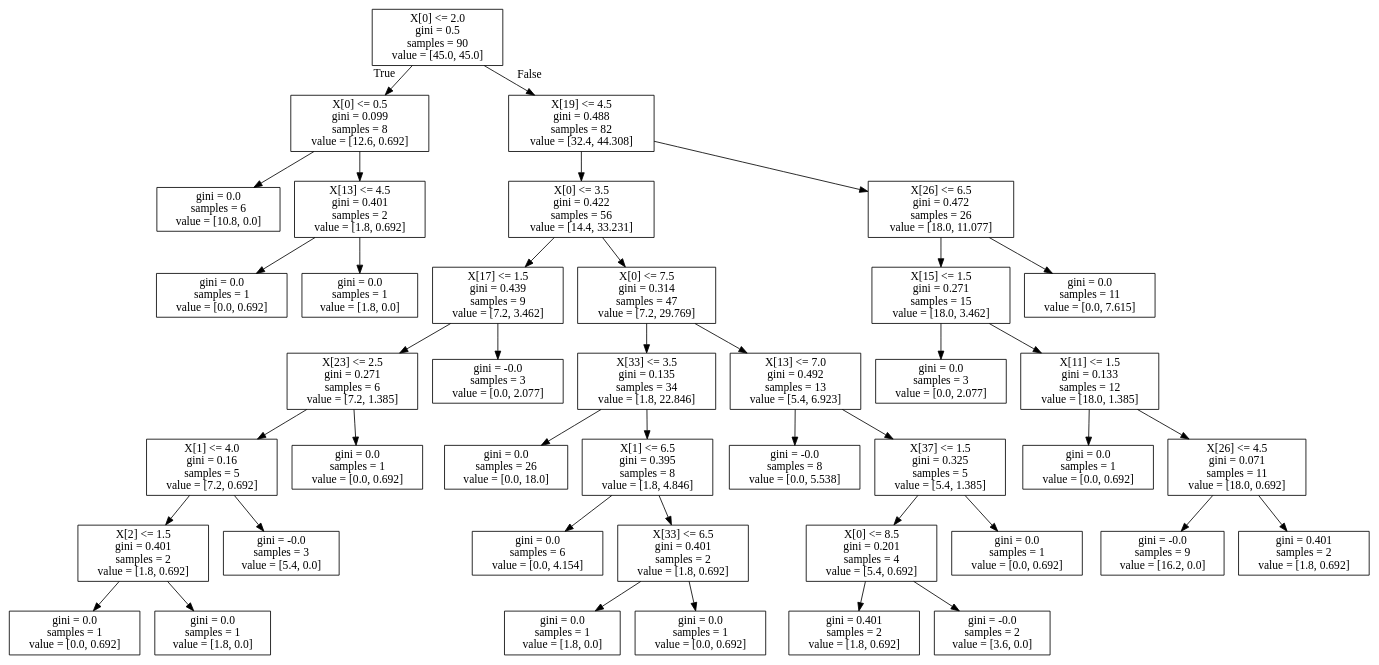
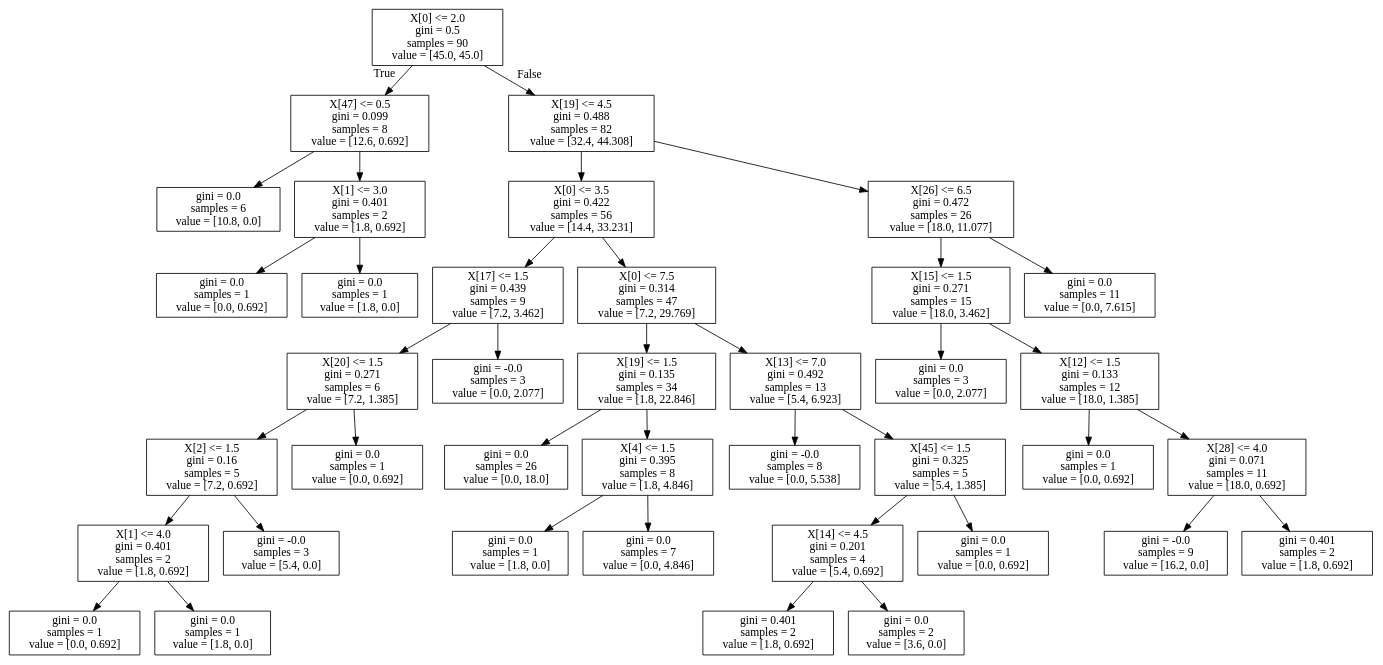
The diagram in tree.dot (suleSyl/Tahminleme), drawn with Graphviz before and after one commit. The commit also changed 2 other files, not shown here.

```diff
--- a/tree.dot
+++ b/tree.dot
@@ -1,84 +1,80 @@
 digraph Tree {
 node [shape=box] ;
 0 [label="X[0] <= 2.0\ngini = 0.5\nsamples = 90\nvalue = [45.0, 45.0]"] ;
-1 [label="X[0] <= 0.5\ngini = 0.099\nsamples = 8\nvalue = [12.6, 0.692]"] ;
+1 [label="X[47] <= 0.5\ngini = 0.099\nsamples = 8\nvalue = [12.6, 0.692]"] ;
 0 -> 1 [labeldistance=2.5, labelangle=45, headlabel="True"] ;
 2 [label="gini = 0.0\nsamples = 6\nvalue = [10.8, 0.0]"] ;
 1 -> 2 ;
-3 [label="X[13] <= 4.5\ngini = 0.401\nsamples = 2\nvalue = [1.8, 0.692]"] ;
+3 [label="X[1] <= 3.0\ngini = 0.401\nsamples = 2\nvalue = [1.8, 0.692]"] ;
 1 -> 3 ;
 4 [label="gini = 0.0\nsamples = 1\nvalue = [0.0, 0.692]"] ;
 3 -> 4 ;
 5 [label="gini = 0.0\nsamples = 1\nvalue = [1.8, 0.0]"] ;
 3 -> 5 ;
 6 [label="X[19] <= 4.5\ngini = 0.488\nsamples = 82\nvalue = [32.4, 44.308]"] ;
 0 -> 6 [labeldistance=2.5, labelangle=-45, headlabel="False"] ;
 7 [label="X[0] <= 3.5\ngini = 0.422\nsamples = 56\nvalue = [14.4, 33.231]"] ;
 6 -> 7 ;
 8 [label="X[17] <= 1.5\ngini = 0.439\nsamples = 9\nvalue = [7.2, 3.462]"] ;
 7 -> 8 ;
-9 [label="X[23] <= 2.5\ngini = 0.271\nsamples = 6\nvalue = [7.2, 1.385]"] ;
+9 [label="X[20] <= 1.5\ngini = 0.271\nsamples = 6\nvalue = [7.2, 1.385]"] ;
 8 -> 9 ;
-10 [label="X[1] <= 4.0\ngini = 0.16\nsamples = 5\nvalue = [7.2, 0.692]"] ;
+10 [label="X[2] <= 1.5\ngini = 0.16\nsamples = 5\nvalue = [7.2, 0.692]"] ;
 9 -> 10 ;
-11 [label="X[2] <= 1.5\ngini = 0.401\nsamples = 2\nvalue = [1.8, 0.692]"] ;
+11 [label="X[1] <= 4.0\ngini = 0.401\nsamples = 2\nvalue = [1.8, 0.692]"] ;
 10 -> 11 ;
 12 [label="gini = 0.0\nsamples = 1\nvalue = [0.0, 0.692]"] ;
 11 -> 12 ;
 13 [label="gini = 0.0\nsamples = 1\nvalue = [1.8, 0.0]"] ;
 11 -> 13 ;
 14 [label="gini = -0.0\nsamples = 3\nvalue = [5.4, 0.0]"] ;
 10 -> 14 ;
 15 [label="gini = 0.0\nsamples = 1\nvalue = [0.0, 0.692]"] ;
 9 -> 15 ;
 16 [label="gini = -0.0\nsamples = 3\nvalue = [0.0, 2.077]"] ;
 8 -> 16 ;
 17 [label="X[0] <= 7.5\ngini = 0.314\nsamples = 47\nvalue = [7.2, 29.769]"] ;
 7 -> 17 ;
-18 [label="X[33] <= 3.5\ngini = 0.135\nsamples = 34\nvalue = [1.8, 22.846]"] ;
+18 [label="X[19] <= 1.5\ngini = 0.135\nsamples = 34\nvalue = [1.8, 22.846]"] ;
 17 -> 18 ;
 19 [label="gini = 0.0\nsamples = 26\nvalue = [0.0, 18.0]"] ;
 18 -> 19 ;
-20 [label="X[1] <= 6.5\ngini = 0.395\nsamples = 8\nvalue = [1.8, 4.846]"] ;
+20 [label="X[4] <= 1.5\ngini = 0.395\nsamples = 8\nvalue = [1.8, 4.846]"] ;
 18 -> 20 ;
-21 [label="gini = 0.0\nsamples = 6\nvalue = [0.0, 4.154]"] ;
+21 [label="gini = 0.0\nsamples = 1\nvalue = [1.8, 0.0]"] ;
 20 -> 21 ;
-22 [label="X[33] <= 6.5\ngini = 0.401\nsamples = 2\nvalue = [1.8, 0.692]"] ;
+22 [label="gini = 0.0\nsamples = 7\nvalue = [0.0, 4.846]"] ;
 20 -> 22 ;
-23 [label="gini = 0.0\nsamples = 1\nvalue = [1.8, 0.0]"] ;
-22 -> 23 ;
-24 [label="gini = 0.0\nsamples = 1\nvalue = [0.0, 0.692]"] ;
-22 -> 24 ;
-25 [label="X[13] <= 7.0\ngini = 0.492\nsamples = 13\nvalue = [5.4, 6.923]"] ;
-17 -> 25 ;
-26 [label="gini = -0.0\nsamples = 8\nvalue = [0.0, 5.538]"] ;
+23 [label="X[13] <= 7.0\ngini = 0.492\nsamples = 13\nvalue = [5.4, 6.923]"] ;
+17 -> 23 ;
+24 [label="gini = -0.0\nsamples = 8\nvalue = [0.0, 5.538]"] ;
+23 -> 24 ;
+25 [label="X[45] <= 1.5\ngini = 0.325\nsamples = 5\nvalue = [5.4, 1.385]"] ;
+23 -> 25 ;
+26 [label="X[14] <= 4.5\ngini = 0.201\nsamples = 4\nvalue = [5.4, 0.692]"] ;
 25 -> 26 ;
-27 [label="X[37] <= 1.5\ngini = 0.325\nsamples = 5\nvalue = [5.4, 1.385]"] ;
-25 -> 27 ;
-28 [label="X[0] <= 8.5\ngini = 0.201\nsamples = 4\nvalue = [5.4, 0.692]"] ;
-27 -> 28 ;
-29 [label="gini = 0.401\nsamples = 2\nvalue = [1.8, 0.692]"] ;
-28 -> 29 ;
-30 [label="gini = -0.0\nsamples = 2\nvalue = [3.6, 0.0]"] ;
-28 -> 30 ;
-31 [label="gini = 0.0\nsamples = 1\nvalue = [0.0, 0.692]"] ;
-27 -> 31 ;
-32 [label="X[26] <= 6.5\ngini = 0.472\nsamples = 26\nvalue = [18.0, 11.077]"] ;
-6 -> 32 ;
-33 [label="X[15] <= 1.5\ngini = 0.271\nsamples = 15\nvalue = [18.0, 3.462]"] ;
-32 -> 33 ;
-34 [label="gini = 0.0\nsamples = 3\nvalue = [0.0, 2.077]"] ;
+27 [label="gini = 0.401\nsamples = 2\nvalue = [1.8, 0.692]"] ;
+26 -> 27 ;
+28 [label="gini = 0.0\nsamples = 2\nvalue = [3.6, 0.0]"] ;
+26 -> 28 ;
+29 [label="gini = 0.0\nsamples = 1\nvalue = [0.0, 0.692]"] ;
+25 -> 29 ;
+30 [label="X[26] <= 6.5\ngini = 0.472\nsamples = 26\nvalue = [18.0, 11.077]"] ;
+6 -> 30 ;
+31 [label="X[15] <= 1.5\ngini = 0.271\nsamples = 15\nvalue = [18.0, 3.462]"] ;
+30 -> 31 ;
+32 [label="gini = 0.0\nsamples = 3\nvalue = [0.0, 2.077]"] ;
+31 -> 32 ;
+33 [label="X[12] <= 1.5\ngini = 0.133\nsamples = 12\nvalue = [18.0, 1.385]"] ;
+31 -> 33 ;
+34 [label="gini = 0.0\nsamples = 1\nvalue = [0.0, 0.692]"] ;
 33 -> 34 ;
-35 [label="X[11] <= 1.5\ngini = 0.133\nsamples = 12\nvalue = [18.0, 1.385]"] ;
+35 [label="X[28] <= 4.0\ngini = 0.071\nsamples = 11\nvalue = [18.0, 0.692]"] ;
 33 -> 35 ;
-36 [label="gini = 0.0\nsamples = 1\nvalue = [0.0, 0.692]"] ;
+36 [label="gini = -0.0\nsamples = 9\nvalue = [16.2, 0.0]"] ;
 35 -> 36 ;
-37 [label="X[26] <= 4.5\ngini = 0.071\nsamples = 11\nvalue = [18.0, 0.692]"] ;
+37 [label="gini = 0.401\nsamples = 2\nvalue = [1.8, 0.692]"] ;
 35 -> 37 ;
-38 [label="gini = -0.0\nsamples = 9\nvalue = [16.2, 0.0]"] ;
-37 -> 38 ;
-39 [label="gini = 0.401\nsamples = 2\nvalue = [1.8, 0.692]"] ;
-37 -> 39 ;
-40 [label="gini = 0.0\nsamples = 11\nvalue = [0.0, 7.615]"] ;
-32 -> 40 ;
+38 [label="gini = 0.0\nsamples = 11\nvalue = [0.0, 7.615]"] ;
+30 -> 38 ;
 }
```
